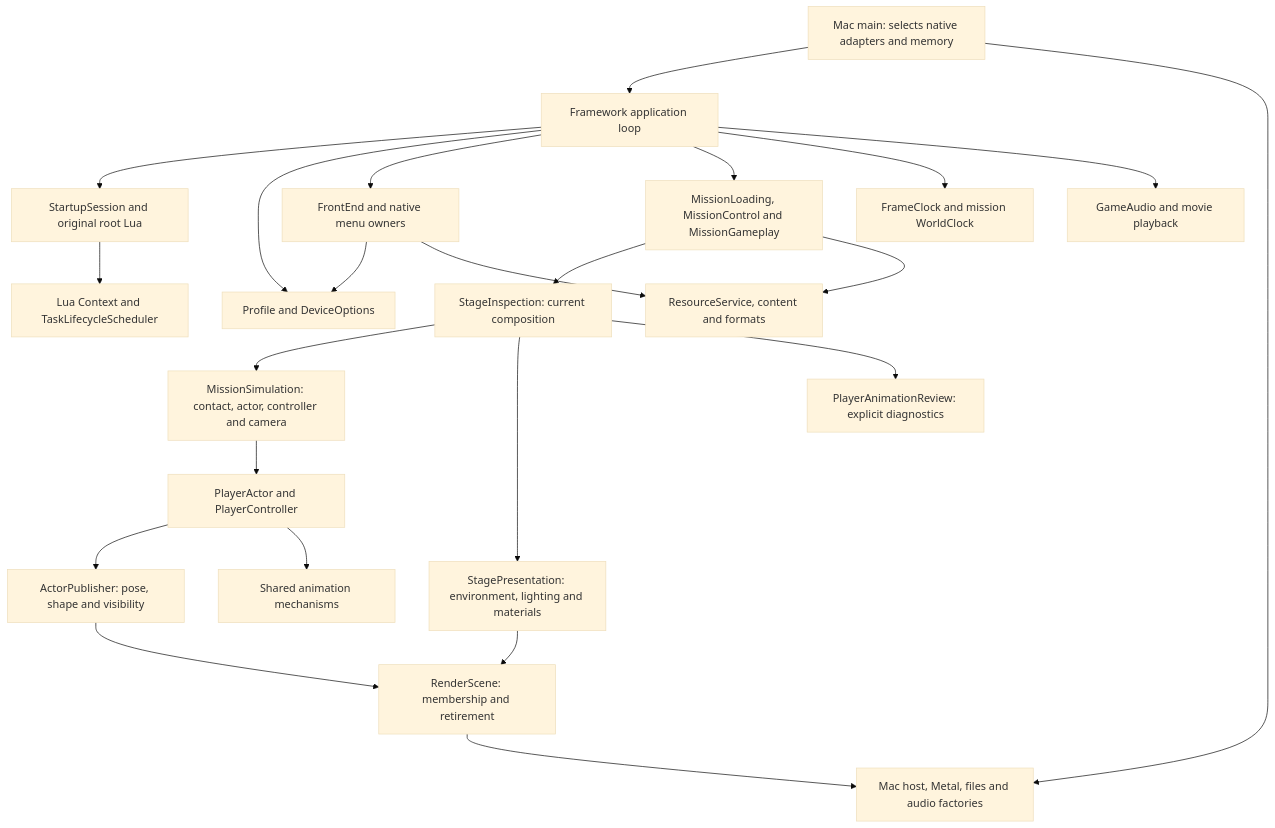
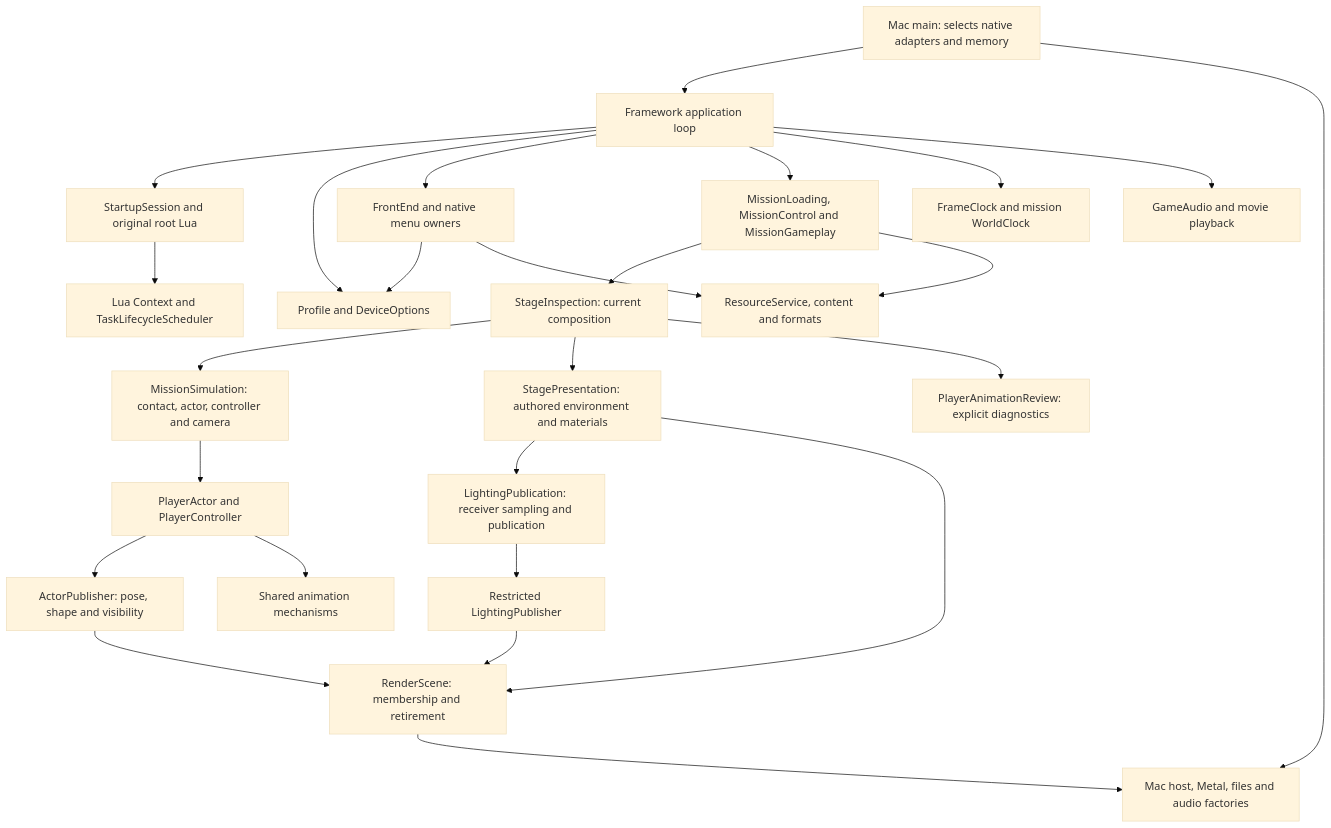
One commit to plainsight-systems/bullet-witch changed the first of 4 diagrams in docs/architecture/current-ownership.md. Above: the diagram before and after it, drawn with Mermaid (base theme). The commit also changed other lines of this file and 28 other files, not shown here.

Commit message:
Separate scene lighting publication and native output composition

````diff
--- a/docs/architecture/current-ownership.md
+++ b/docs/architecture/current-ownership.md
@@ -21,25 +21,28 @@
 ```mermaid
 flowchart TD
   Entry[Mac main: selects native adapters and memory] --> App[Framework application loop]
   Entry --> Native[Mac host, Metal, files and audio factories]
   App --> Session[StartupSession and original root Lua]
   App --> State[Profile and DeviceOptions]
   App --> Front[FrontEnd and native menu owners]
   App --> Mission[MissionLoading, MissionControl and MissionGameplay]
   App --> Timing[FrameClock and mission WorldClock]
   App --> Audio[GameAudio and movie playback]
   Session --> Tasks[Lua Context and TaskLifecycleScheduler]
   Front --> State
   Mission --> Stage[StageInspection: current composition]
   Stage --> Simulation[MissionSimulation: contact, actor, controller and camera]
-  Stage --> Presentation[StagePresentation: environment, lighting and materials]
+  Stage --> Presentation[StagePresentation: authored environment and materials]
   Stage --> Review[PlayerAnimationReview: explicit diagnostics]
   Simulation --> Actor[PlayerActor and PlayerController]
-  Presentation --> Render[RenderScene: membership and retirement]
+  Presentation --> Light[LightingPublication: receiver sampling and publication]
+  Light --> LightPublisher[Restricted LightingPublisher]
+  LightPublisher --> Render[RenderScene: membership and retirement]
+  Presentation --> Render
   Actor --> Publisher[ActorPublisher: pose, shape and visibility]
   Publisher --> Render
   Render --> Native
   Mission --> Assets[ResourceService, content and formats]
   Front --> Assets
   Actor --> Animation[Shared animation mechanisms]
 ```
````
